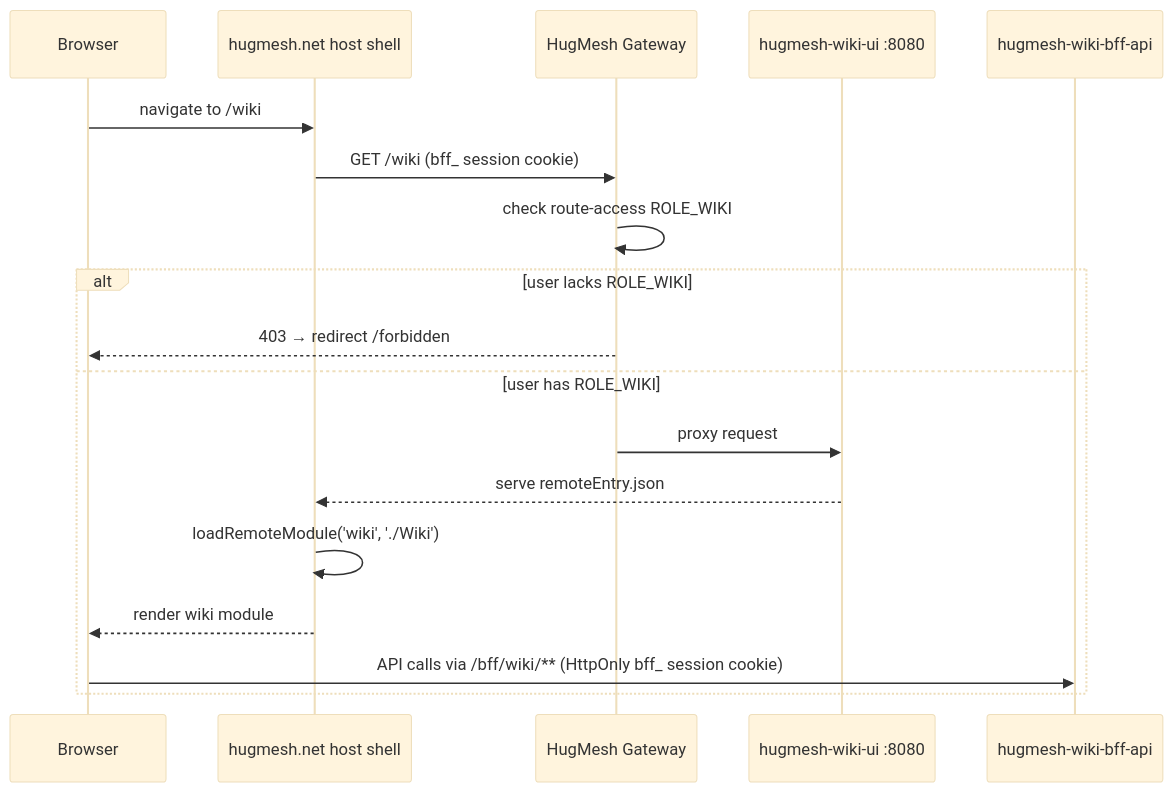
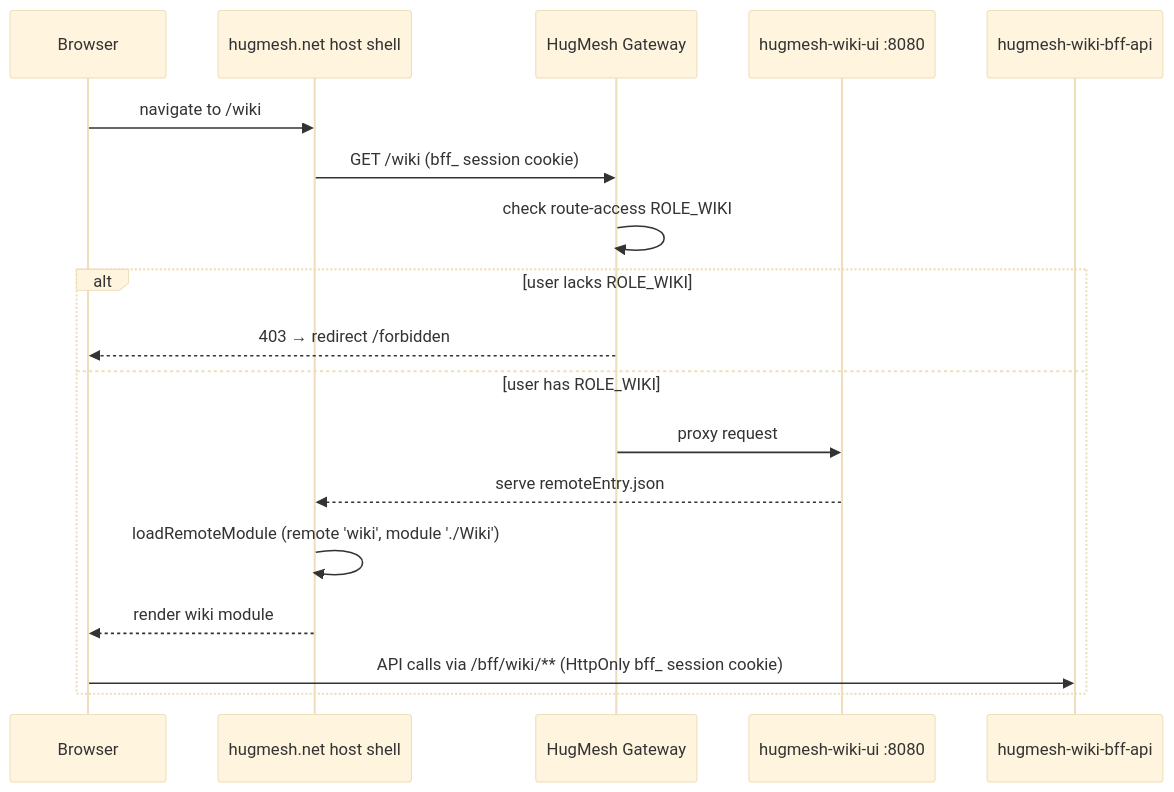
The first of 2 diagrams in content/reference/wiki-ui.md (hugmesh/hugmesh.github.io), drawn with Mermaid (base theme) before and after one commit. The commit also changed other lines of this file and 93 other files, not shown here.

````diff
--- a/content/reference/wiki-ui.md
+++ b/content/reference/wiki-ui.md
@@ -48,21 +51,21 @@
 ```mermaid
 sequenceDiagram
     participant Browser
     participant Host as hugmesh.net host shell
     participant Gateway as HugMesh Gateway
     participant WikiUI as hugmesh-wiki-ui :8080
     participant BFF as hugmesh-wiki-bff-api
 
     Browser->>Host: navigate to /wiki
     Host->>Gateway: GET /wiki (bff_ session cookie)
     Gateway->>Gateway: check route-access ROLE_WIKI
     alt user lacks ROLE_WIKI
         Gateway-->>Browser: 403 → redirect /forbidden
     else user has ROLE_WIKI
         Gateway->>WikiUI: proxy request
         WikiUI-->>Host: serve remoteEntry.json
-        Host->>Host: loadRemoteModule('wiki', './Wiki')
+        Host->>Host: loadRemoteModule (remote 'wiki', module './Wiki')
         Host-->>Browser: render wiki module
         Browser->>BFF: API calls via /bff/wiki/** (HttpOnly bff_ session cookie)
     end
 ```
````
